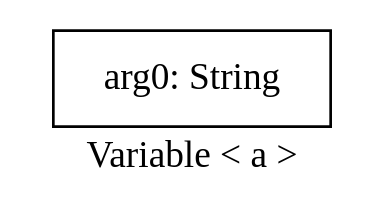
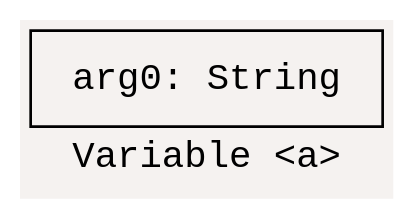
Before and after one commit to ZJxyo/PythonVarTypeAnalysisTool: the diagram in output/flowchart/flowchart_foo(arg0,arg1,arg2)_a.gv, drawn with Graphviz. The commit also changed 95 other files, not shown here.

```diff
--- a/output/flowchart/flowchart_foo(arg0,arg1,arg2)_a.gv
+++ b/output/flowchart/flowchart_foo(arg0,arg1,arg2)_a.gv
@@ -1,5 +1,8 @@
 digraph {
-	label="Variable < a >"
+	label="Variable <a>"
+	bgcolor="#f5f2f0"
 	node [shape=box]
-	-1 [label="arg0: String"]
+	node [fontname="Consolas,Monaco,'Andale Mono','Ubuntu Mono',monospace"]
+	fontname="Consolas,Monaco,'Andale Mono','Ubuntu Mono',monospace"
+	-1 [label=" arg0: String "]
 }
```
